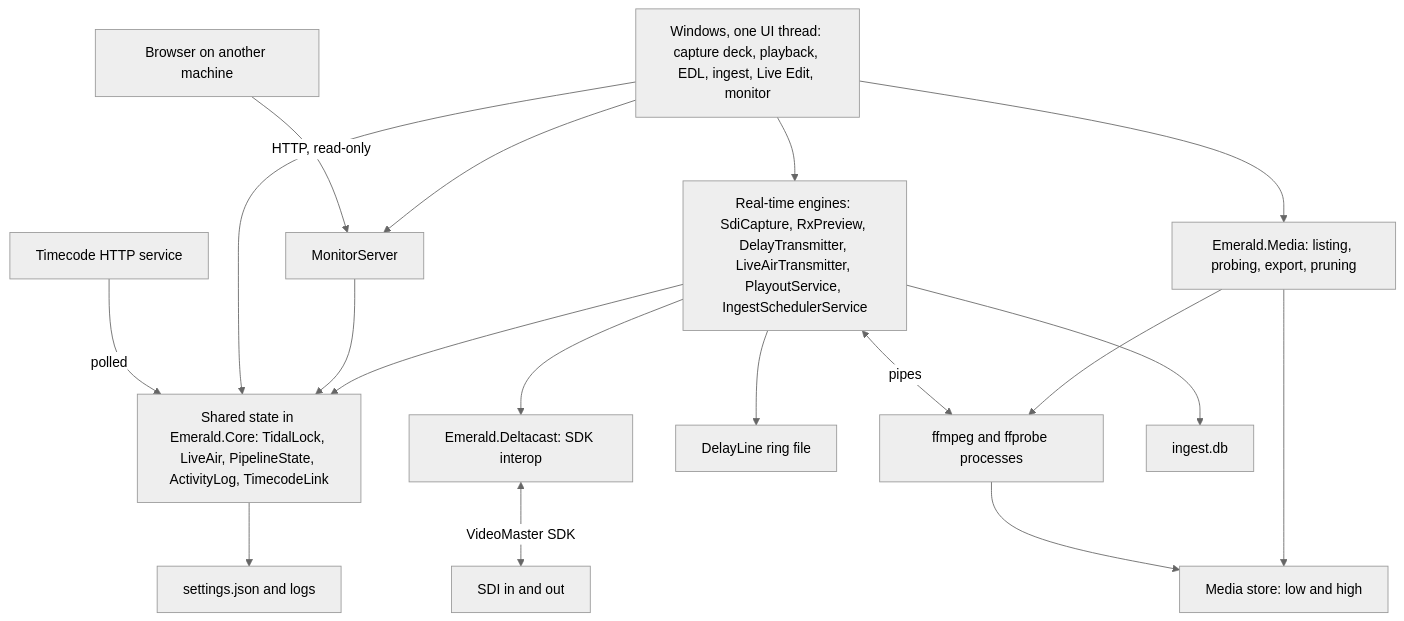
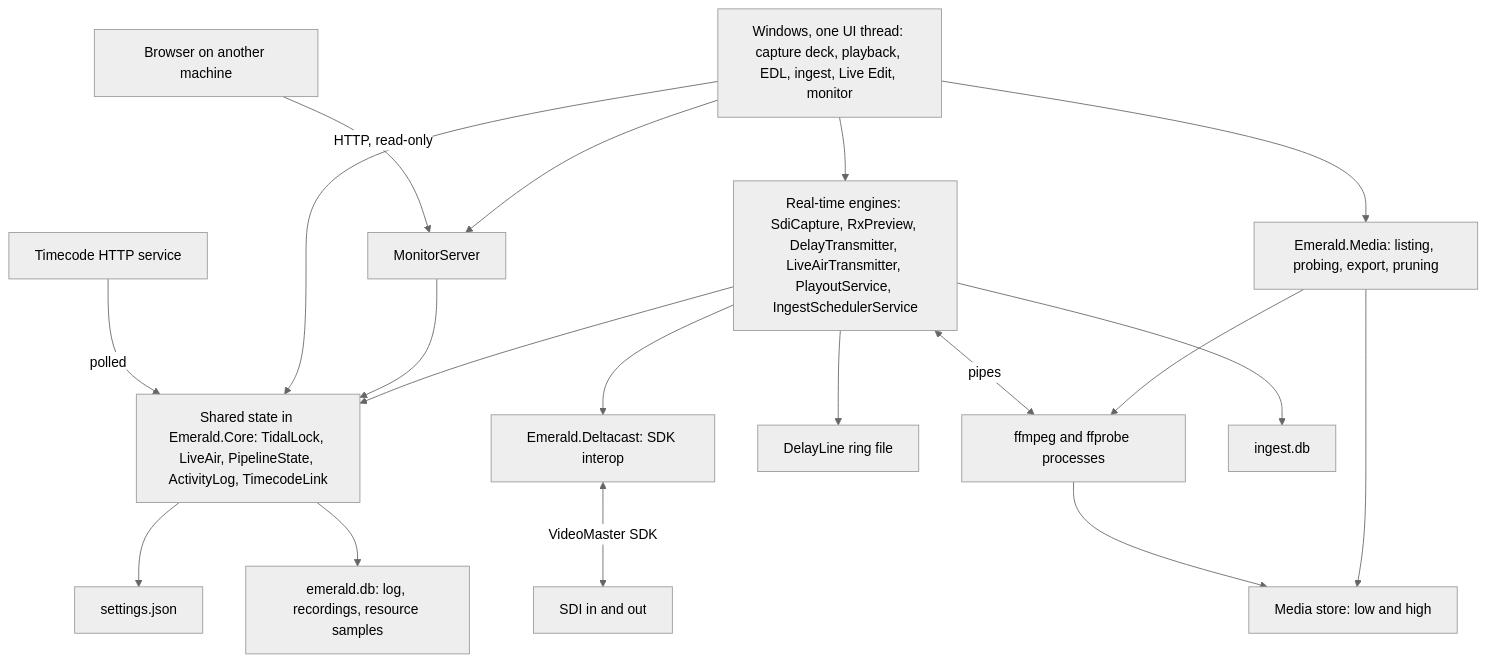
The first of 7 diagrams in DOCUMENTATION/03_SYSTEM_ARCHITECTURE.md (MdelarosaArcX/Emerald-EDL-Ingest), drawn with Mermaid (neutral theme) before and after one commit. The commit also changed other lines of this file and 72 other files, not shown here.

````diff
--- a/DOCUMENTATION/03_SYSTEM_ARCHITECTURE.md
+++ b/DOCUMENTATION/03_SYSTEM_ARCHITECTURE.md
@@ -22,21 +22,22 @@
 ```mermaid
 graph TD
     Browser["Browser on another machine"] -->|"HTTP, read-only"| Srv["MonitorServer"]
     TC["Timecode HTTP service"] -->|"polled"| Shared
     UI["Windows, one UI thread: capture deck, playback, EDL, ingest, Live Edit, monitor"]
     UI --> Engines["Real-time engines: SdiCapture, RxPreview, DelayTransmitter, LiveAirTransmitter, PlayoutService, IngestSchedulerService"]
     UI --> Shared["Shared state in Emerald.Core: TidalLock, LiveAir, PipelineState, ActivityLog, TimecodeLink"]
     UI --> Srv
     UI --> Lib["Emerald.Media: listing, probing, export, pruning"]
     Srv --> Shared
     Engines --> Shared
     Engines --> HW["Emerald.Deltacast: SDK interop"]
     HW <-->|"VideoMaster SDK"| SDI["SDI in and out"]
     Engines --> Ring["DelayLine ring file"]
     Engines <-->|"pipes"| FF["ffmpeg and ffprobe processes"]
     FF --> Store["Media store: low and high"]
     Lib --> FF
     Lib --> Store
-    Shared --> Cfg["settings.json and logs"]
+    Shared --> Cfg["settings.json"]
+    Shared --> LogDb["emerald.db: log, recordings, resource samples"]
     Engines --> DB["ingest.db"]
 ```
````
